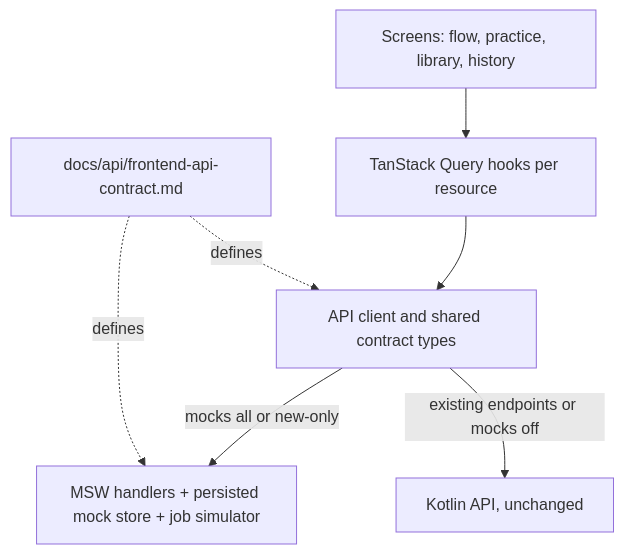
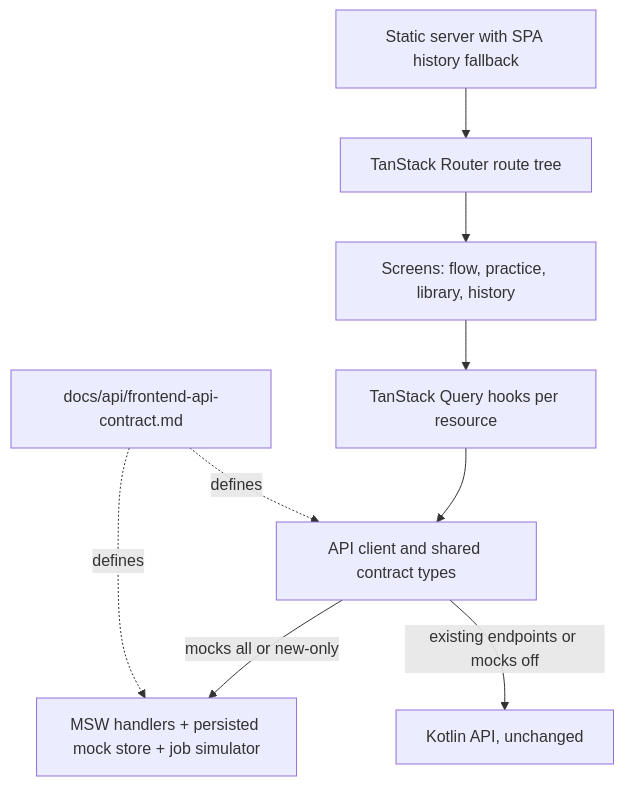
Before and after one commit to AzkZzz04/ai_interview: the first of 3 diagrams in docs/plans/2026-09-28-2128-feat-frontend-ux-rewrite-plan.md, drawn with Mermaid. The commit also changed other lines of this file, not shown here.

````diff
--- a/docs/plans/2026-09-28-2128-feat-frontend-ux-rewrite-plan.md
+++ b/docs/plans/2026-09-28-2128-feat-frontend-ux-rewrite-plan.md
@@ -137,9 +141,11 @@
 ```mermaid
 flowchart TB
-  UI[Screens: flow, practice, library, history] --> Q[TanStack Query hooks per resource]
+  S[Static server with SPA history fallback] --> R[TanStack Router route tree]
+  R --> UI[Screens: flow, practice, library, history]
+  UI --> Q[TanStack Query hooks per resource]
   Q --> C[API client and shared contract types]
   C -->|mocks all or new-only| M[MSW handlers + persisted mock store + job simulator]
   C -->|existing endpoints or mocks off| B[Kotlin API, unchanged]
   D[docs/api/frontend-api-contract.md] -.defines.-> C
   D -.defines.-> M
 ```
````
